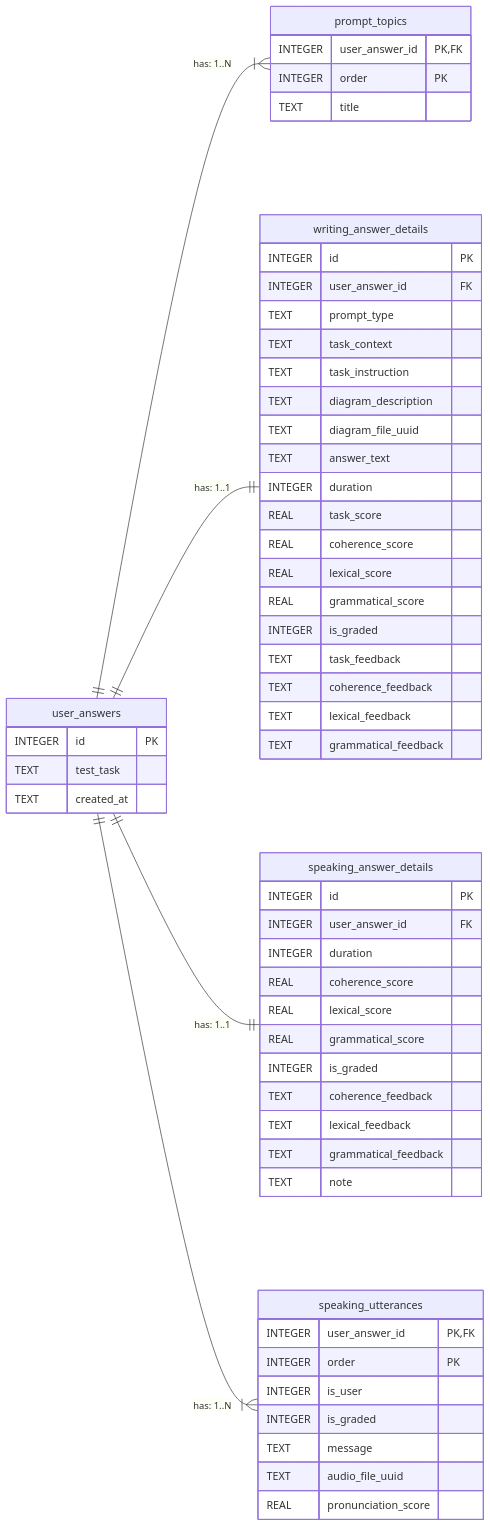
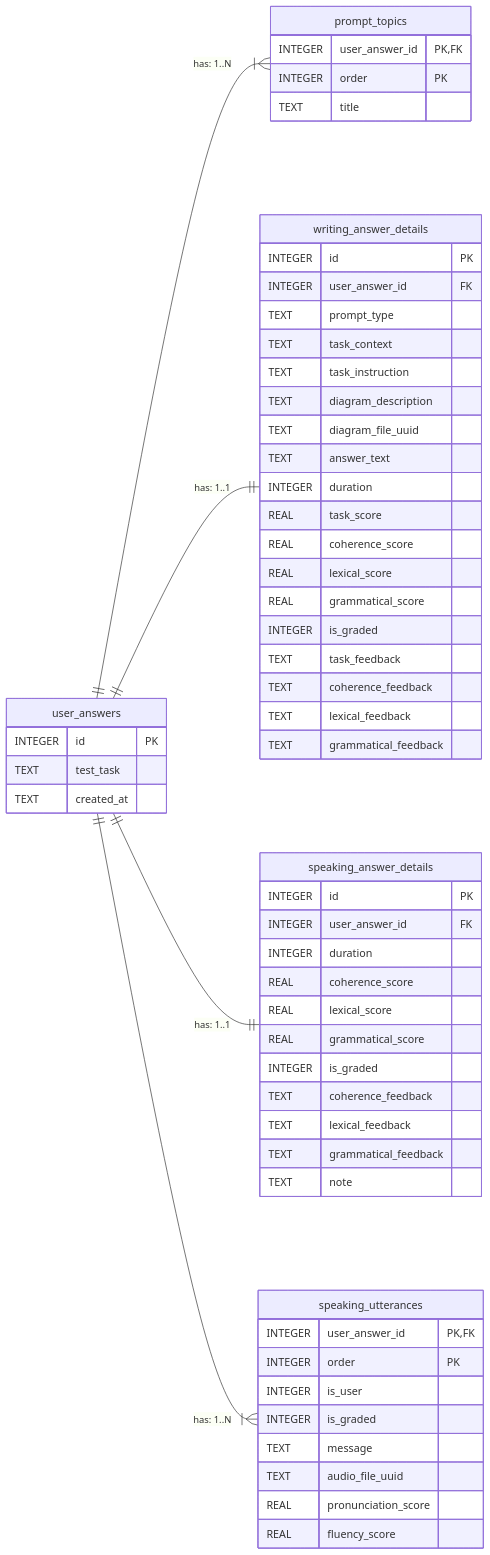
One commit to hirokd0627/ielts_ai_trainer changed the diagram in application/docs/er-diagram.md. Above: the diagram before and after it, drawn with Mermaid. The commit also changed 49 other files, not shown here.

````diff
--- a/application/docs/er-diagram.md
+++ b/application/docs/er-diagram.md
@@ -3,65 +3,66 @@
 ```mermaid
 erDiagram
     direction LR
     user_answers ||--|{ prompt_topics : "has: 1..N"
     user_answers ||--|| writing_answer_details : "has: 1..1"
     user_answers ||--|| speaking_answer_details : "has: 1..1"
     user_answers ||--|{ speaking_utterances : "has: 1..N"
 
     user_answers {
         INTEGER id PK
         TEXT test_task
         TEXT created_at
     }
 
     prompt_topics {
         INTEGER user_answer_id PK,FK
         INTEGER order PK
         TEXT title 
     }
 
     writing_answer_details {
         INTEGER id PK
         INTEGER user_answer_id FK
         TEXT prompt_type
         TEXT task_context
         TEXT task_instruction
         TEXT diagram_description
         TEXT diagram_file_uuid
         TEXT answer_text
         INTEGER duration
         REAL task_score
         REAL coherence_score
         REAL lexical_score
         REAL grammatical_score
         INTEGER is_graded
         TEXT task_feedback
         TEXT coherence_feedback
         TEXT lexical_feedback
         TEXT grammatical_feedback
     }
 
     speaking_answer_details {
         INTEGER id PK
         INTEGER user_answer_id FK
         INTEGER duration
         REAL coherence_score
         REAL lexical_score
         REAL grammatical_score
         INTEGER is_graded
         TEXT coherence_feedback
         TEXT lexical_feedback
         TEXT grammatical_feedback 
         TEXT note
     }
 
     speaking_utterances {
         INTEGER user_answer_id PK,FK
         INTEGER order PK
         INTEGER is_user
         INTEGER is_graded
         TEXT message
         TEXT audio_file_uuid
         REAL pronunciation_score
+        REAL fluency_score
     }
 ```
````
